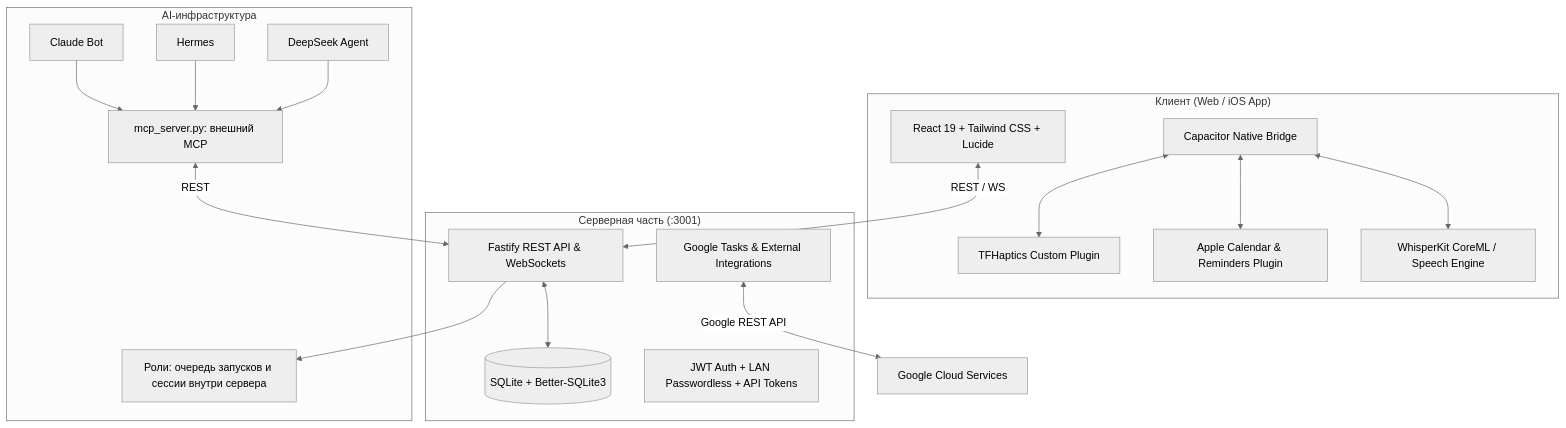
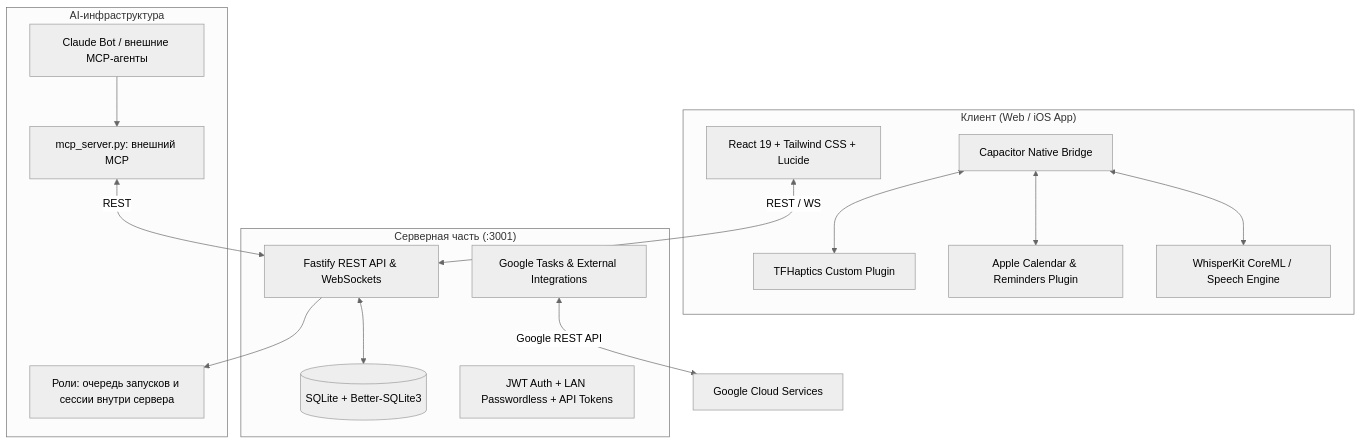
The diagram in README.md (papirosa3214/New-Todoist), drawn with Mermaid (neutral theme) before and after one commit. The commit also changed other lines of this file and 15 other files, not shown here.

First line of the commit message:
docs(MAK-73): единый источник taskflow-flow.md, устаревшее в архив, права по коду

````diff
--- a/README.md
+++ b/README.md
@@ -57,37 +57,33 @@
 ```mermaid
 graph TD
     subgraph Client["Клиент (Web / iOS App)"]
         UI[React 19 + Tailwind CSS + Lucide]
         CapacitorBridge[Capacitor Native Bridge]
         LocalAI[WhisperKit CoreML / Speech Engine]
         EventKit[Apple Calendar & Reminders Plugin]
         CoreHaptics[TFHaptics Custom Plugin]
     end
 
     subgraph Server["Серверная часть (:3001)"]
         FastifyServer[Fastify REST API & WebSockets]
         SQLite[(SQLite + Better-SQLite3)]
         AuthEngine[JWT Auth + LAN Passwordless + API Tokens]
         SyncEngine[Google Tasks & External Integrations]
     end
 
     subgraph AIOrchestration["AI-инфраструктура"]
         RoleRuntime[Роли: очередь запусков и сессии внутри сервера]
         MCP[mcp_server.py: внешний MCP]
-        AgentClaude[Claude Bot]
-        AgentHermes[Hermes]
-        AgentDeepSeek[DeepSeek Agent]
+        AgentClaude[Claude Bot / внешние MCP-агенты]
     end
 
     UI <-->|REST / WS| FastifyServer
     CapacitorBridge <--> LocalAI
     CapacitorBridge <--> EventKit
     CapacitorBridge <--> CoreHaptics
     FastifyServer <--> SQLite
     FastifyServer --> RoleRuntime
     MCP <-->|REST| FastifyServer
     AgentClaude --> MCP
-    AgentHermes --> MCP
-    AgentDeepSeek --> MCP
     SyncEngine <-->|Google REST API| GoogleCloud[Google Cloud Services]
 ```
````
